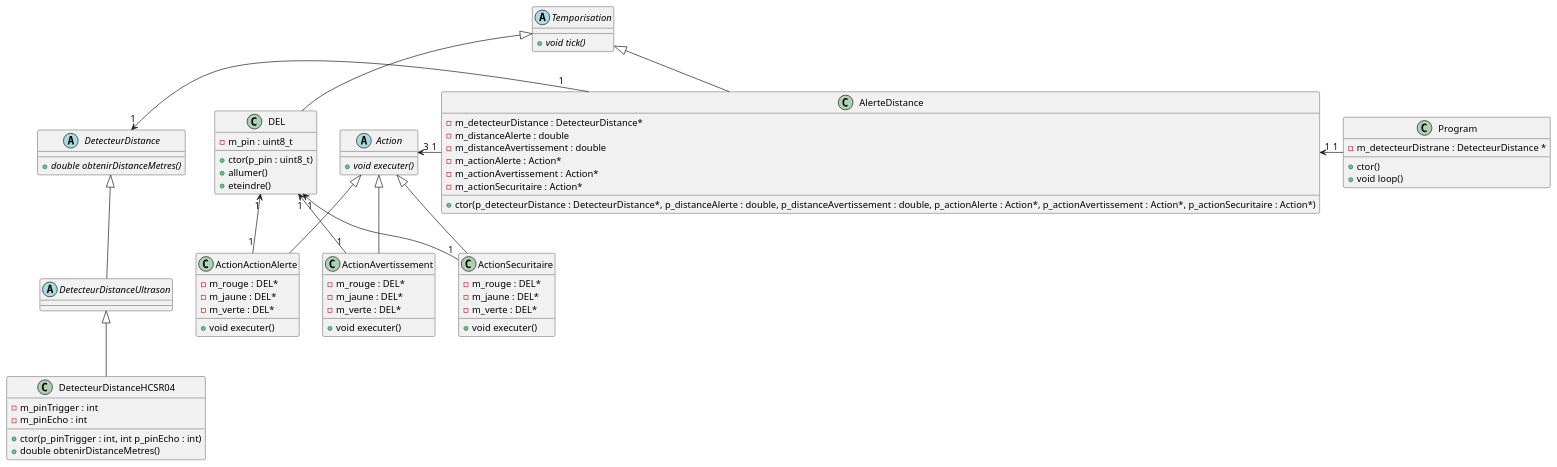
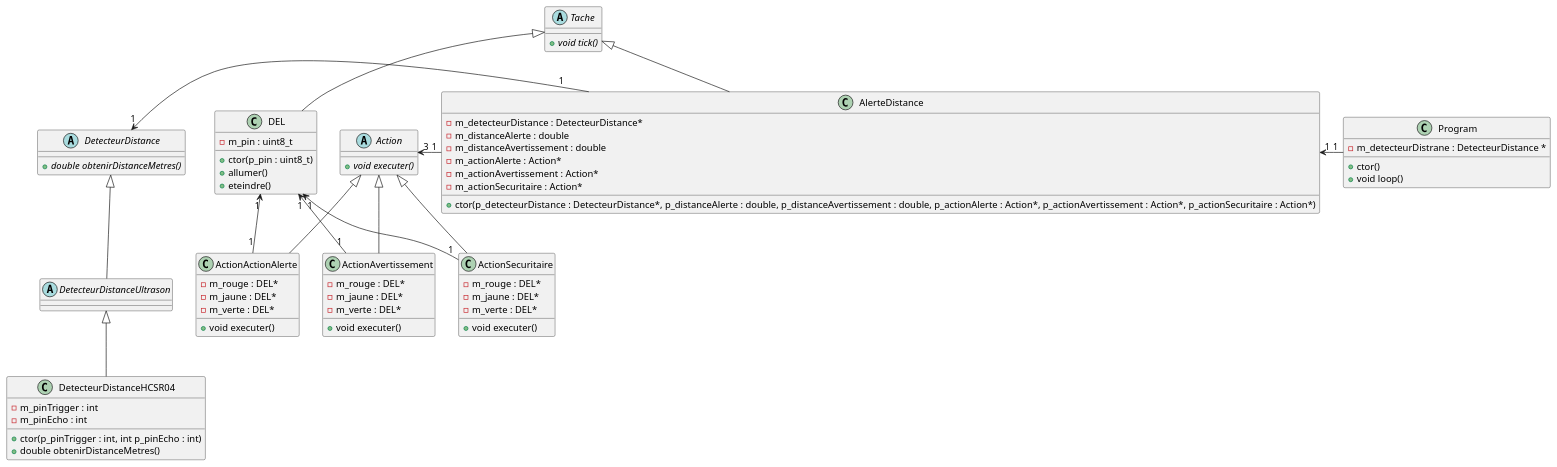
Before and after one commit to PiFou86/420-W48-SF: the diagram in Module05_ProgrammationEntreesAnalogiques_1_2/diag/diagramme_classes.wsd, drawn with PlantUML. The commit also changed 2 other files, not shown here.

Commit message:
Changement terme Temporisation par Tache qui est plus approprié

```diff
--- a/Module05_ProgrammationEntreesAnalogiques_1_2/diag/diagramme_classes.wsd
+++ b/Module05_ProgrammationEntreesAnalogiques_1_2/diag/diagramme_classes.wsd
@@ -1,93 +1,93 @@
 @startuml dc_DetecteurDistance
 skinparam maxMessageSize 50
 
-abstract class Temporisation {
+abstract class Tache {
     + void tick() {abstract}
 }
 
 class Program {
     - m_detecteurDistrane : DetecteurDistance *
     + ctor()
     + void loop()
 }
 
 abstract class DetecteurDistance {
     + double obtenirDistanceMetres() {abstract}
 }
 
 abstract class DetecteurDistanceUltrason {
     
 }
 
 class DetecteurDistanceHCSR04 {
     - m_pinTrigger : int
     - m_pinEcho : int
 
     + ctor(p_pinTrigger : int, int p_pinEcho : int)
     + double obtenirDistanceMetres()
 }
 
 abstract class Action {
     + void executer() {abstract}
 }
 
 class ActionActionAlerte {
     - m_rouge : DEL*
     - m_jaune : DEL*
     - m_verte : DEL*
     + void executer()
 }
 
 class ActionAvertissement {
     - m_rouge : DEL*
     - m_jaune : DEL*
     - m_verte : DEL*
     + void executer()
 
 }
 
 class ActionSecuritaire {
     - m_rouge : DEL*
     - m_jaune : DEL*
     - m_verte : DEL*
     + void executer()
 }
 
 DetecteurDistance <|-- DetecteurDistanceUltrason
 DetecteurDistanceUltrason <|-- DetecteurDistanceHCSR04
 
 Action <|-- ActionActionAlerte
 Action <|-- ActionAvertissement
 Action <|-- ActionSecuritaire
 
 class DEL {
     - m_pin : uint8_t
     + ctor(p_pin : uint8_t)
     + allumer()
     + eteindre()
 }
 
 DEL "1" <-- "1" ActionActionAlerte
 DEL "1" <-- "1" ActionAvertissement
 DEL "1" <-- "1" ActionSecuritaire
 
 
 Program "1" -left-> "1" AlerteDistance
 
 class AlerteDistance {
     - m_detecteurDistance : DetecteurDistance*
     - m_distanceAlerte : double
     - m_distanceAvertissement : double
     - m_actionAlerte : Action*
     - m_actionAvertissement : Action*
     - m_actionSecuritaire : Action*
     + ctor(p_detecteurDistance : DetecteurDistance*, p_distanceAlerte : double, p_distanceAvertissement : double, p_actionAlerte : Action*, p_actionAvertissement : Action*, p_actionSecuritaire : Action*)
 }
 
-Temporisation <|-- AlerteDistance
-Temporisation <|-- DEL
+Tache <|-- AlerteDistance
+Tache <|-- DEL
 
 AlerteDistance "1" -left-> "1" DetecteurDistance
 AlerteDistance "1" -right-> "3" Action
 
 @enduml
```
